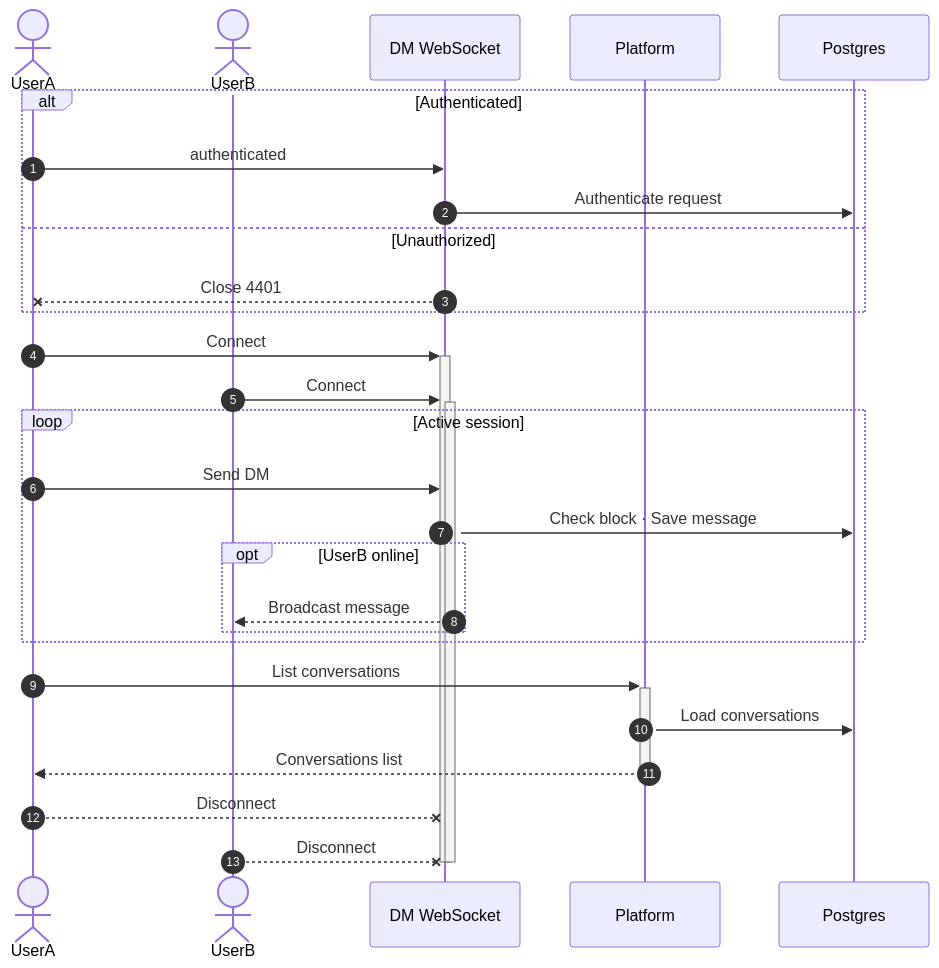
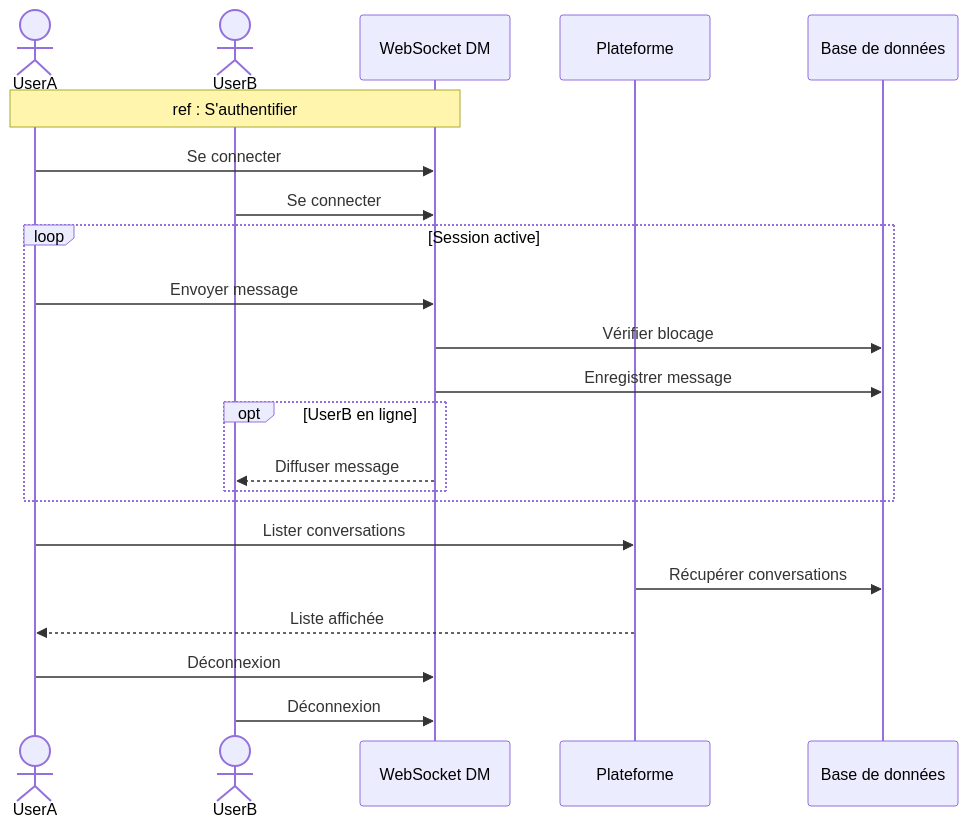
Diagram 15 of 16 in docs/SEQUENCE_DIAGRAMS.md (MohamedChebbi123/teamnest), drawn with Mermaid before and after one commit. The commit also changed other lines of this file, not shown here.

````diff
--- a/docs/SEQUENCE_DIAGRAMS.md
+++ b/docs/SEQUENCE_DIAGRAMS.md
@@ -529,36 +443,29 @@
 ```mermaid
 sequenceDiagram
-    autonumber
     actor UserA
     actor UserB
-    participant WS as DM WebSocket
-    participant API as Platform
-    participant DB as Postgres
+    participant WS as WebSocket DM
+    participant API as Plateforme
+    participant DB as Base de données
 
-    alt Authenticated
-        UserA->>WS: authenticated
-        WS->>DB: Authenticate request
-    else Unauthorized
-        WS--xUserA: Close 4401
-    end
+    Note over UserA,WS: ref : S'authentifier
 
-    UserA->>+WS: Connect
-    UserB->>+WS: Connect
+    UserA->>WS: Se connecter
+    UserB->>WS: Se connecter
 
-    loop Active session
-        UserA->>WS: Send DM
-        WS->>DB: Check block · Save message
-        opt UserB online
-            WS-->>UserB: Broadcast message
+    loop Session active
+        UserA->>WS: Envoyer message
+        WS->>DB: Vérifier blocage
+        WS->>DB: Enregistrer message
+        opt UserB en ligne
+            WS-->>UserB: Diffuser message
         end
     end
 
-    UserA->>+API: List conversations
-    API->>DB: Load conversations
-    API-->>-UserA: Conversations list
+    UserA->>API: Lister conversations
+    API->>DB: Récupérer conversations
+    API-->>UserA: Liste affichée
 
-    UserA--xWS: Disconnect
-    UserB--xWS: Disconnect
-    deactivate WS
-    deactivate WS
+    UserA->>WS: Déconnexion
+    UserB->>WS: Déconnexion
 ```
````
